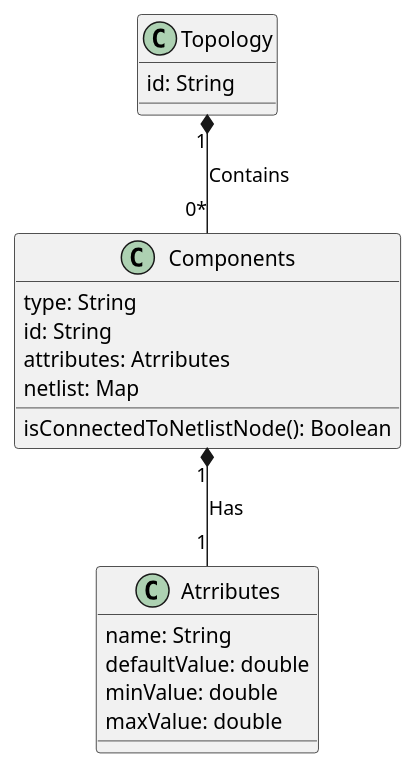
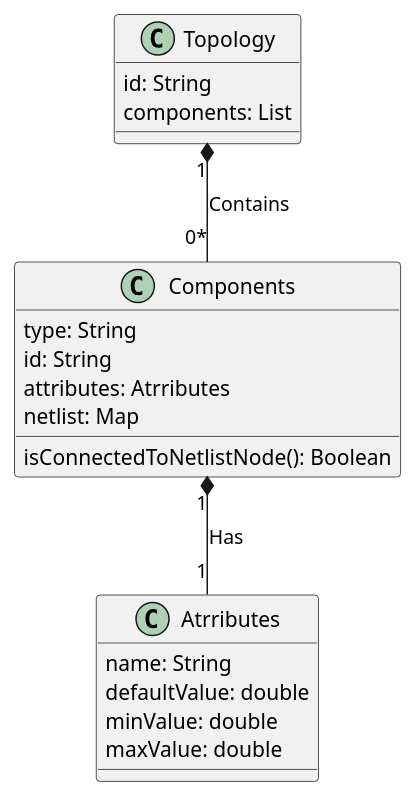
Before and after one commit to KarimElsayad247/MasterMicroTopologyAPI: the diagram in classDiagram.puml, drawn with PlantUML.

Commit message:
Update class diagram

```diff
--- a/classDiagram.puml
+++ b/classDiagram.puml
@@ -1,21 +1,22 @@
 @startuml
 class Topology {
     id: String
+    components: List
 }
 class Components {
     type: String
     id: String
     attributes: Atrributes
     netlist: Map
     isConnectedToNetlistNode(): Boolean
 }
 
 class Atrributes {
     name: String
     defaultValue: double
     minValue: double
     maxValue: double
 }
 Topology "1" *-- "0*" Components : Contains
 Components "1" *-- "1" Atrributes : Has
 @enduml
```
